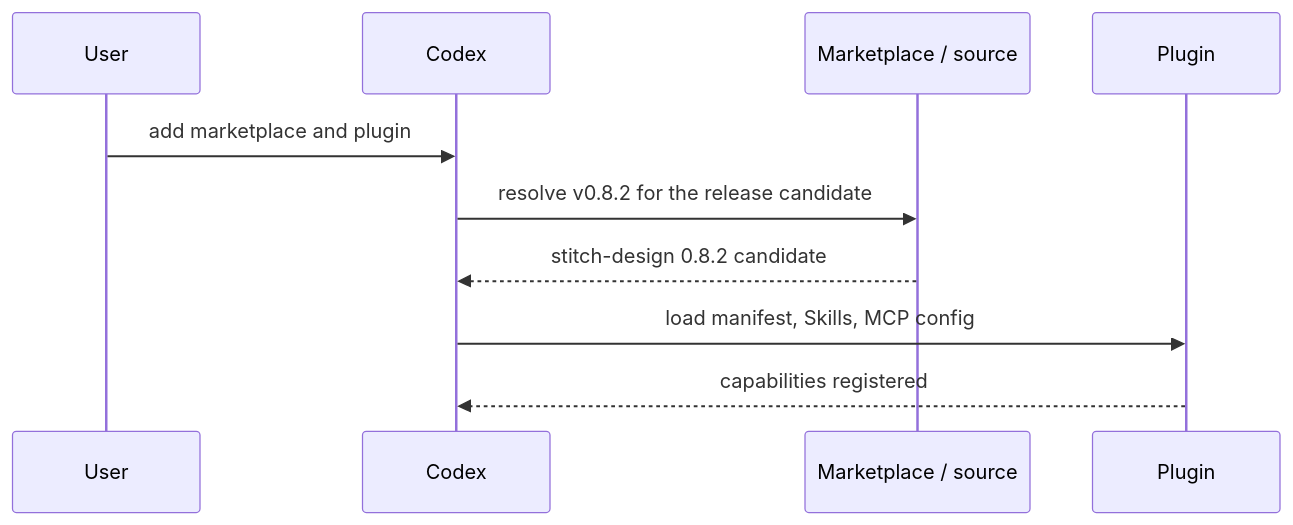
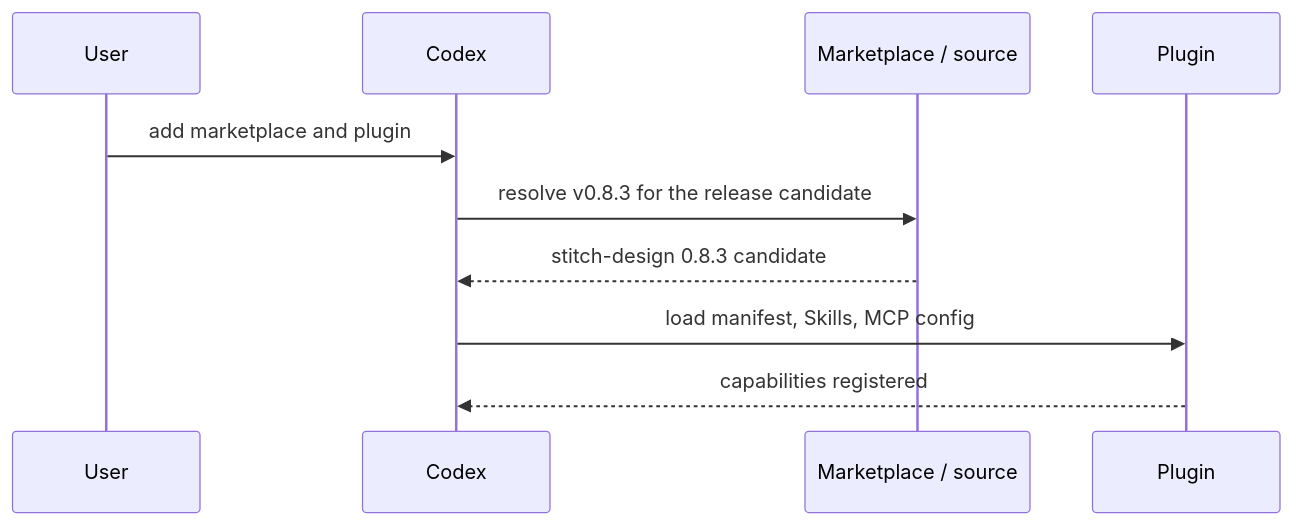
The seventh of 11 diagrams in docs/Stitch-Design-Architecture.md (full-stack-plugins/stitch-design-plugin), drawn with Mermaid before and after one commit. The commit also changed other lines of this file and 15 other files, not shown here.

````diff
--- a/docs/Stitch-Design-Architecture.md
+++ b/docs/Stitch-Design-Architecture.md
@@ -175,12 +175,12 @@
 ```mermaid
 sequenceDiagram
     participant U as User
     participant C as Codex
     participant M as Marketplace / source
     participant P as Plugin
     U->>C: add marketplace and plugin
-    C->>M: resolve v0.8.2 for the release candidate
-    M-->>C: stitch-design 0.8.2 candidate
+    C->>M: resolve v0.8.3 for the release candidate
+    M-->>C: stitch-design 0.8.3 candidate
     C->>P: load manifest, Skills, MCP config
     P-->>C: capabilities registered
 ```
````
